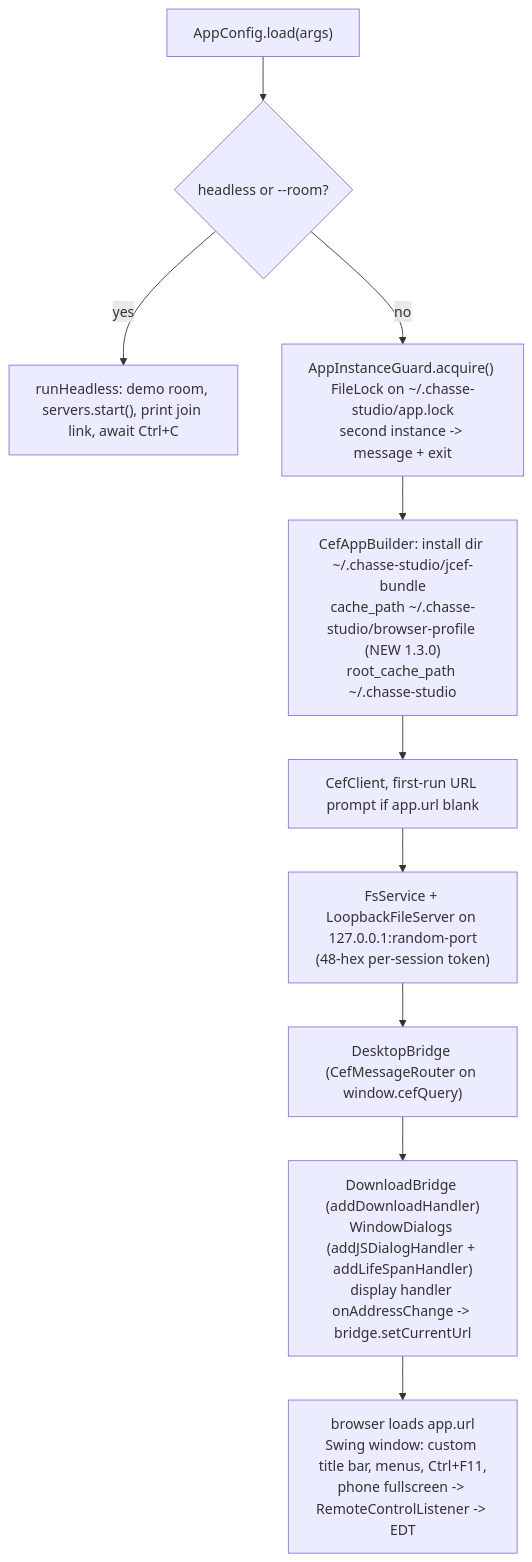
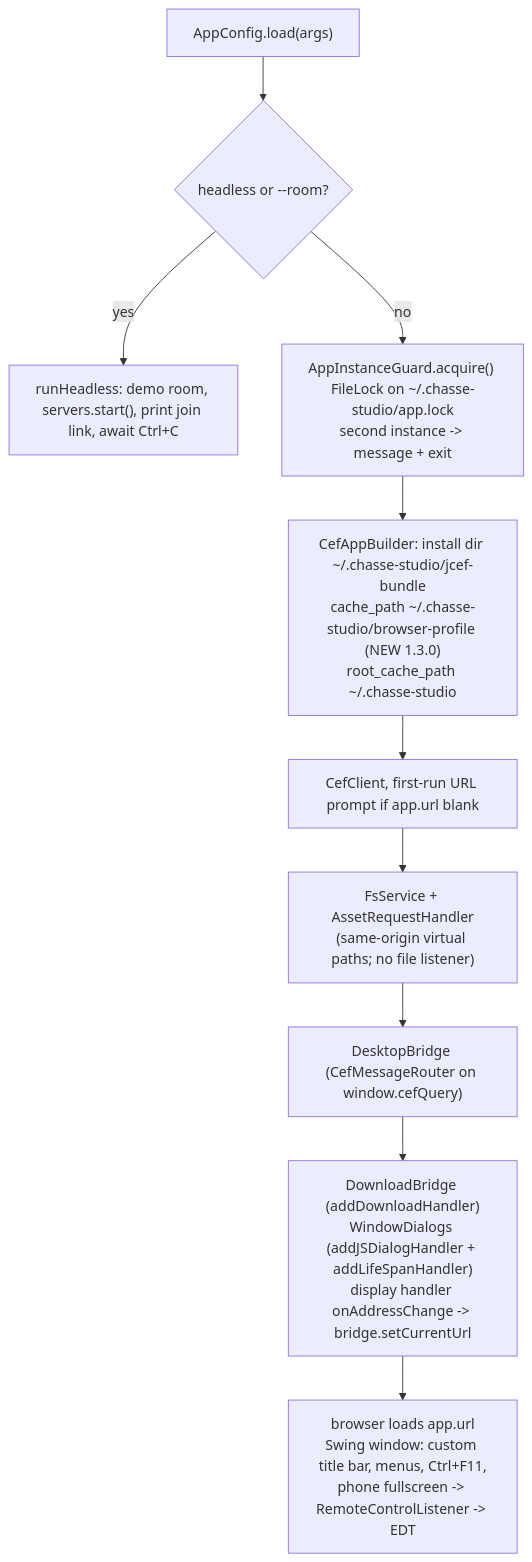
The first of 3 diagrams in about/architecture.md (dev-sandakelum/chasse-desktop), drawn with Mermaid before and after one commit. The commit also changed other lines of this file and 8 other files, not shown here.

````diff
--- a/about/architecture.md
+++ b/about/architecture.md
@@ -27,12 +27,12 @@
 ```mermaid
 flowchart TD
     A["AppConfig.load(args)"] --> B{"headless or --room?"}
     B -- yes --> H["runHeadless: demo room, servers.start(), print join link, await Ctrl+C"]
     B -- no --> C["AppInstanceGuard.acquire() FileLock on ~/.chasse-studio/app.lock<br/>second instance -> message + exit"]
     C --> D["CefAppBuilder: install dir ~/.chasse-studio/jcef-bundle<br/>cache_path ~/.chasse-studio/browser-profile (NEW 1.3.0)<br/>root_cache_path ~/.chasse-studio"]
     D --> E["CefClient, first-run URL prompt if app.url blank"]
-    E --> F["FsService + LoopbackFileServer on 127.0.0.1:random-port<br/>(48-hex per-session token)"]
+    E --> F["FsService + AssetRequestHandler<br/>(same-origin virtual paths; no file listener)"]
     F --> G["DesktopBridge (CefMessageRouter on window.cefQuery)"]
     G --> G2["DownloadBridge (addDownloadHandler)<br/>WindowDialogs (addJSDialogHandler + addLifeSpanHandler)<br/>display handler onAddressChange -> bridge.setCurrentUrl"]
     G2 --> I["browser loads app.url<br/>Swing window: custom title bar, menus, Ctrl+F11,<br/>phone fullscreen -> RemoteControlListener -> EDT"]
 ```
````
